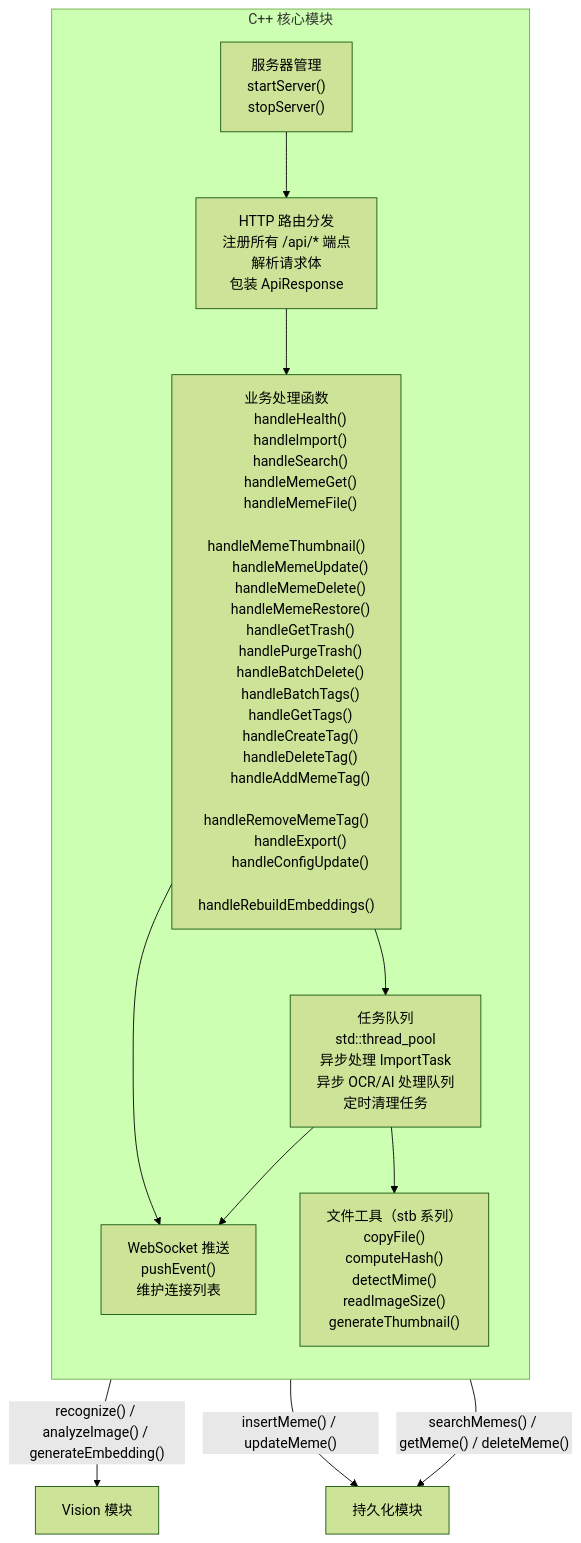
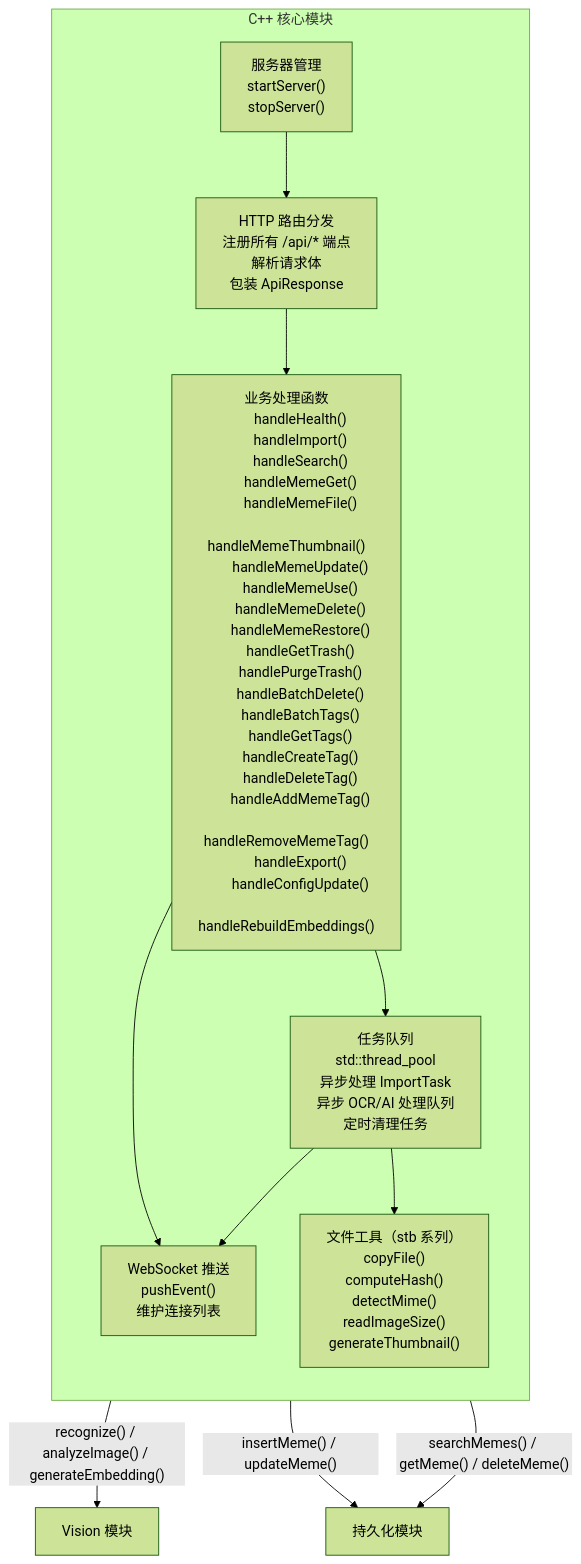
One commit to MintITes/QuickMemes changed the first of 2 diagrams in docs/arch/cpp_core.md. Above: the diagram before and after it, drawn with Mermaid (forest theme). The commit also changed other lines of this file and 6 other files, not shown here.

````diff
--- a/docs/arch/cpp_core.md
+++ b/docs/arch/cpp_core.md
@@ -39,69 +39,70 @@
 ```mermaid
 graph TD
     subgraph CORE ["C++ 核心模块"]
         direction TB
 
         SERVER["服务器管理
         startServer()
         stopServer()"]
 
         ROUTER["HTTP 路由分发
         注册所有 /api/* 端点
         解析请求体
         包装 ApiResponse"]
 
         HANDLERS["业务处理函数
         handleHealth()
         handleImport()
         handleSearch()
         handleMemeGet()
         handleMemeFile()
         handleMemeThumbnail()
         handleMemeUpdate()
+        handleMemeUse()
         handleMemeDelete()
         handleMemeRestore()
         handleGetTrash()
         handlePurgeTrash()
         handleBatchDelete()
         handleBatchTags()
         handleGetTags()
         handleCreateTag()
         handleDeleteTag()
         handleAddMemeTag()
         handleRemoveMemeTag()
         handleExport()
         handleConfigUpdate()
         handleRebuildEmbeddings()"]
 
         TASK_QUEUE["任务队列
         std::thread_pool
         异步处理 ImportTask
         异步 OCR/AI 处理队列
         定时清理任务"]
 
         WS_PUSHER["WebSocket 推送
         pushEvent()
         维护连接列表"]
 
         FILE_UTILS["文件工具（stb 系列）
         copyFile()
         computeHash()
         detectMime()
         readImageSize()
         generateThumbnail()"]
 
         SERVER --> ROUTER
         ROUTER --> HANDLERS
         HANDLERS --> TASK_QUEUE
         HANDLERS --> WS_PUSHER
         TASK_QUEUE --> WS_PUSHER
         TASK_QUEUE --> FILE_UTILS
     end
 
     VISION["Vision 模块"]
     DB["持久化模块"]
 
     TASK_QUEUE -->|"recognize() / analyzeImage() / generateEmbedding()"| VISION
     TASK_QUEUE -->|"insertMeme() / updateMeme()"| DB
     HANDLERS -->|"searchMemes() / getMeme() / deleteMeme()"| DB
 ```
````
